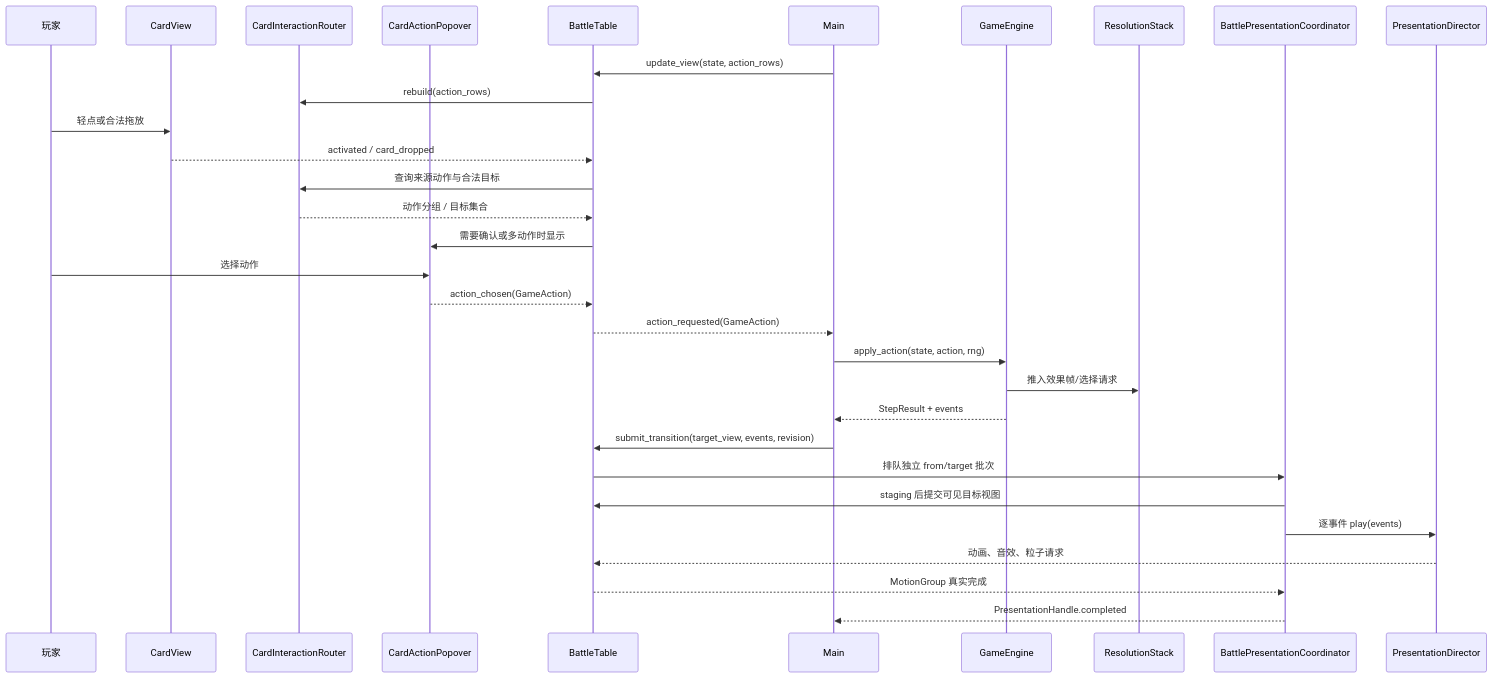
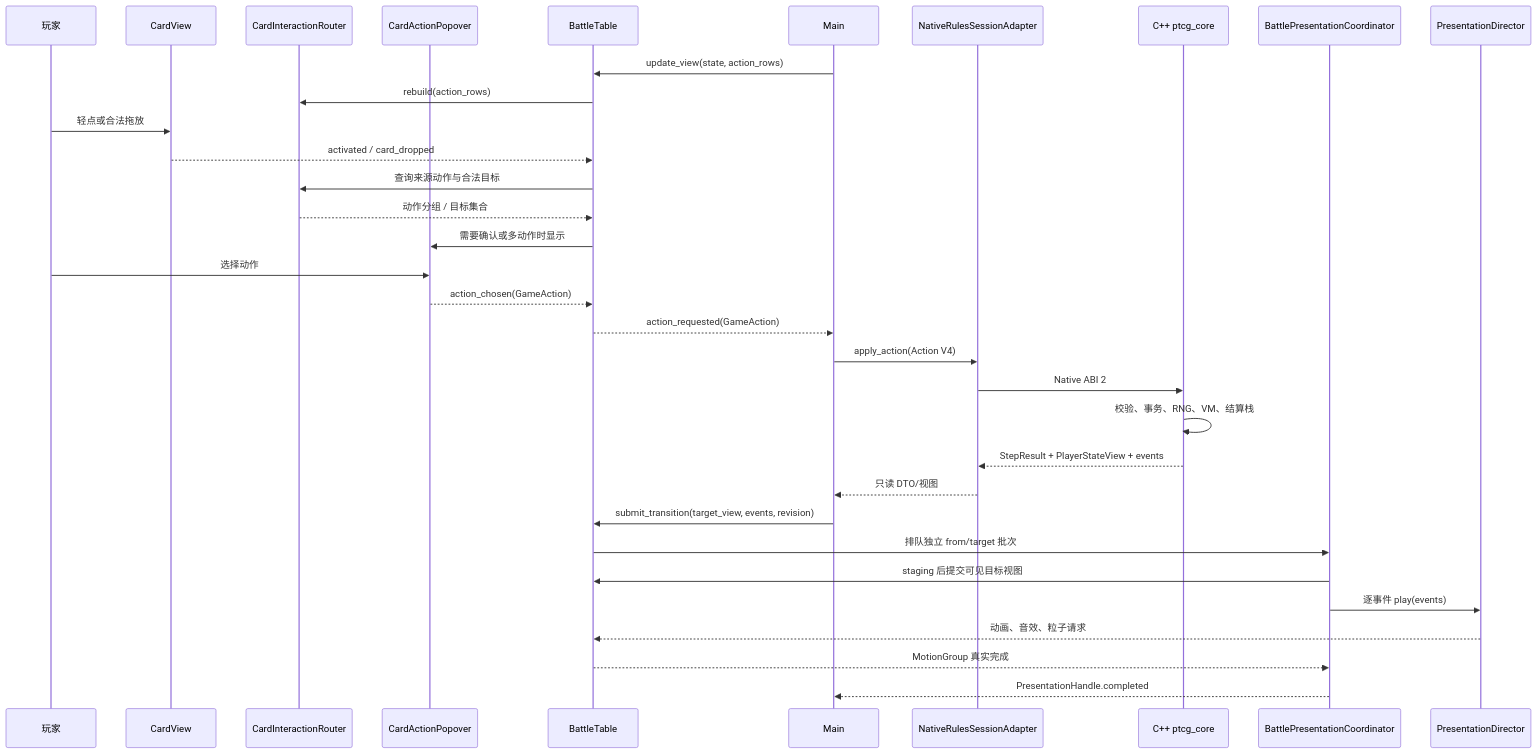
One commit to Endnight-ZHW/PokemonTCG changed the second of 3 diagrams in docs/GODOT_DEVELOPMENT_GUIDE.md. Above: the diagram before and after it, drawn with Mermaid. The commit also changed other lines of this file and 446 other files, not shown here.

First line of the commit message:
refactor: cut over to native rules core

````diff
--- a/docs/GODOT_DEVELOPMENT_GUIDE.md
+++ b/docs/GODOT_DEVELOPMENT_GUIDE.md
@@ -656,34 +658,36 @@
 ```mermaid
 sequenceDiagram
     participant Player as 玩家
     participant Card as CardView
     participant Router as CardInteractionRouter
     participant Popover as CardActionPopover
     participant Battle as BattleTable
     participant Main
-    participant Engine as GameEngine
-    participant Stack as ResolutionStack
+    participant Adapter as NativeRulesSessionAdapter
+    participant Core as C++ ptcg_core
     participant Coordinator as BattlePresentationCoordinator
     participant Present as PresentationDirector
 
     Main->>Battle: update_view(state, action_rows)
     Battle->>Router: rebuild(action_rows)
     Player->>Card: 轻点或合法拖放
     Card-->>Battle: activated / card_dropped
     Battle->>Router: 查询来源动作与合法目标
     Router-->>Battle: 动作分组 / 目标集合
     Battle->>Popover: 需要确认或多动作时显示
     Player->>Popover: 选择动作
     Popover-->>Battle: action_chosen(GameAction)
     Battle-->>Main: action_requested(GameAction)
-    Main->>Engine: apply_action(state, action, rng)
-    Engine->>Stack: 推入效果帧/选择请求
-    Engine-->>Main: StepResult + events
+    Main->>Adapter: apply_action(Action V4)
+    Adapter->>Core: Native ABI 2
+    Core->>Core: 校验、事务、RNG、VM、结算栈
+    Core-->>Adapter: StepResult + PlayerStateView + events
+    Adapter-->>Main: 只读 DTO/视图
     Main->>Battle: submit_transition(target_view, events, revision)
     Battle->>Coordinator: 排队独立 from/target 批次
     Coordinator->>Battle: staging 后提交可见目标视图
     Coordinator->>Present: 逐事件 play(events)
     Present-->>Battle: 动画、音效、粒子请求
     Battle-->>Coordinator: MotionGroup 真实完成
     Coordinator-->>Main: PresentationHandle.completed
 ```
````
